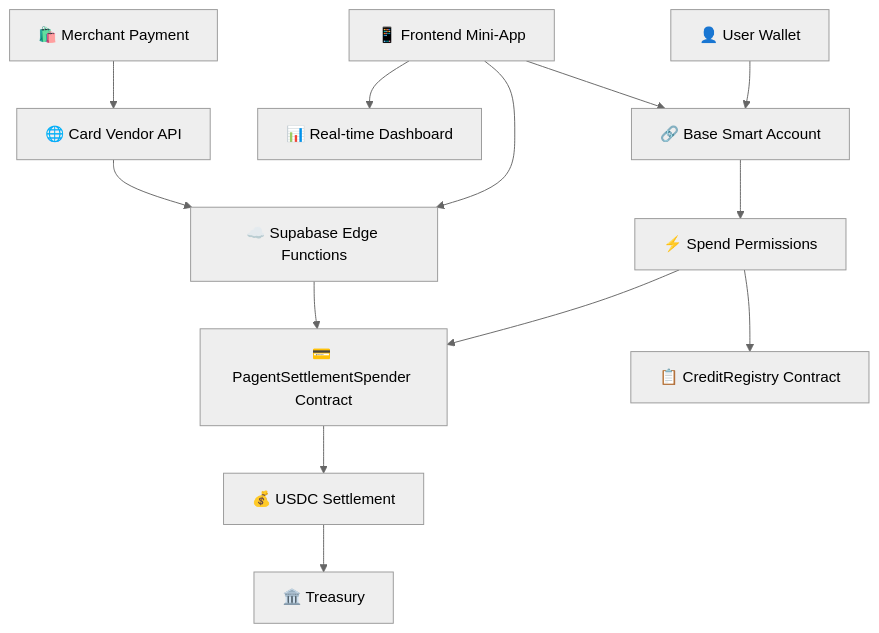
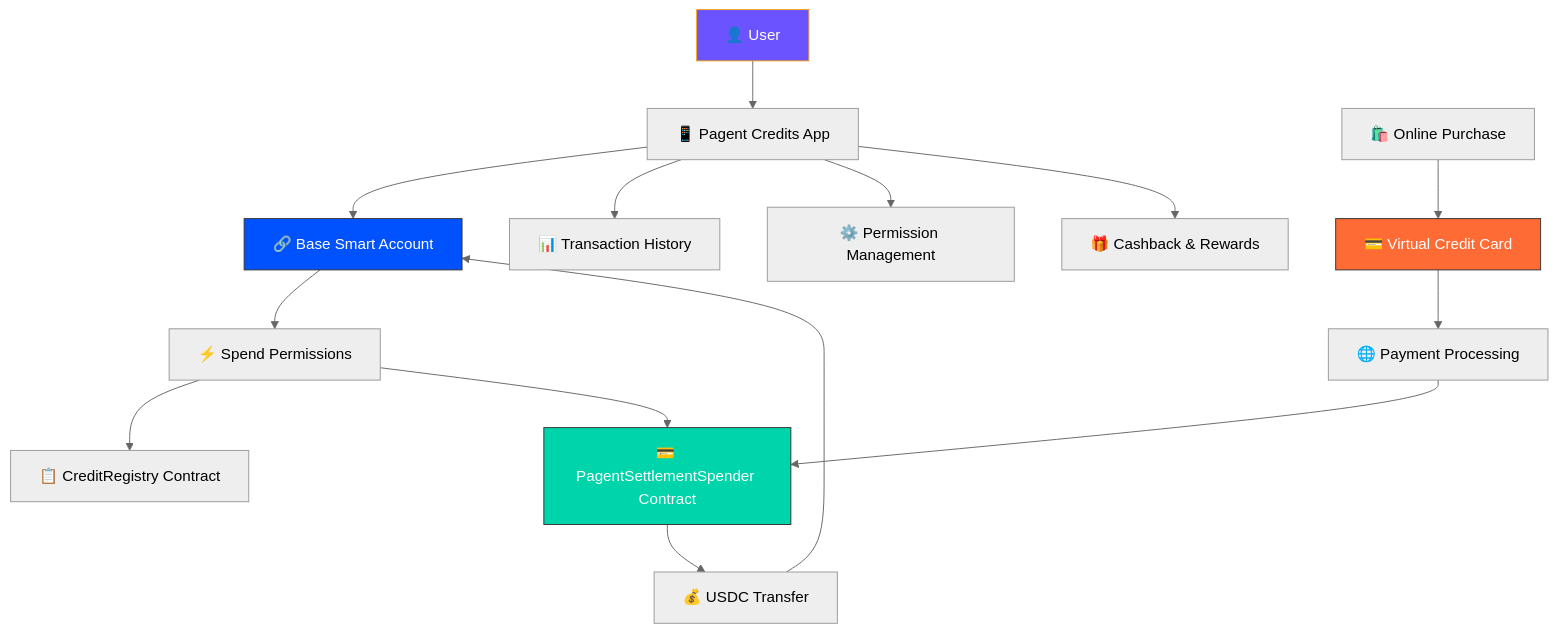
The diagram in README.md (Pagent-Money/pagent-money-base-alpha), drawn with Mermaid (neutral theme) before and after one commit.

Commit message:
update architecture diagram

````diff
--- a/README.md
+++ b/README.md
@@ -110,17 +110,25 @@
 ```mermaid
 graph TB
-    A[👤 User Wallet] --> B[🔗 Base Smart Account]
-    B --> C[⚡ Spend Permissions]
-    C --> D[📋 CreditRegistry Contract]
-    C --> E[💳 PagentSettlementSpender Contract]
+    A[👤 User] --> B[📱 Pagent Credits App]
+    B --> C[🔗 Base Smart Account]
+    C --> D[⚡ Spend Permissions]
     
-    F[🛍️ Merchant Payment] --> G[🌐 Card Vendor API]
-    G --> H[☁️ Supabase Edge Functions]
-    H --> E
-    E --> I[💰 USDC Settlement]
-    I --> J[🏛️ Treasury]
+    D --> E[📋 CreditRegistry Contract]
+    D --> F[💳 PagentSettlementSpender Contract]
     
-    K[📱 Frontend Mini-App] --> B
-    K --> H
-    K --> L[📊 Real-time Dashboard]
+    G[🛍️ Online Purchase] --> H[💳 Virtual Credit Card]
+    H --> I[🌐 Payment Processing]
+    I --> F
+    
+    F --> J[💰 USDC Transfer]
+    J --> C
+    
+    B --> K[📊 Transaction History]
+    B --> L[⚙️ Permission Management]
+    B --> M[🎁 Cashback & Rewards]
+    
+    style A fill:#6B53FF,stroke:#FEA611,color:#fff
+    style C fill:#0052FF,stroke:#333,color:#fff
+    style F fill:#00D4AA,stroke:#333,color:#fff
+    style H fill:#FF6B35,stroke:#333,color:#fff
 ```
````
